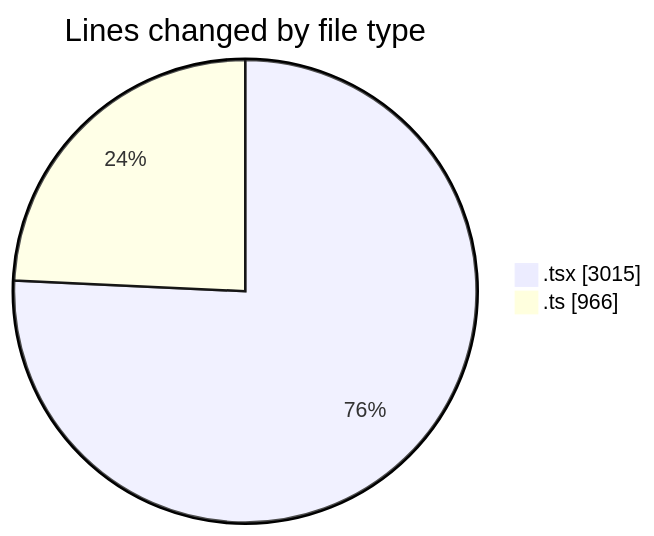
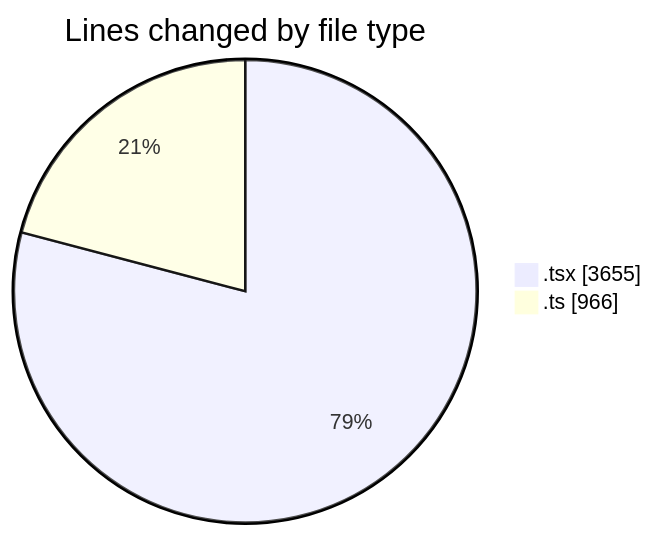
The first of 2 diagrams in 2026-02-26/nxtqube_webapp/README.md (nxtqubesakshisongat/code-tracking), drawn with Mermaid before and after one commit. The commit also changed other lines of this file and 1 other file, not shown here.

````diff
--- a/2026-02-26/nxtqube_webapp/README.md
+++ b/2026-02-26/nxtqube_webapp/README.md
@@ -29,6 +29,6 @@
 ```mermaid
 pie showData
 title Lines changed by file type
-".tsx" : 3015
+".tsx" : 3655
 ".ts" : 966
 ```
````
